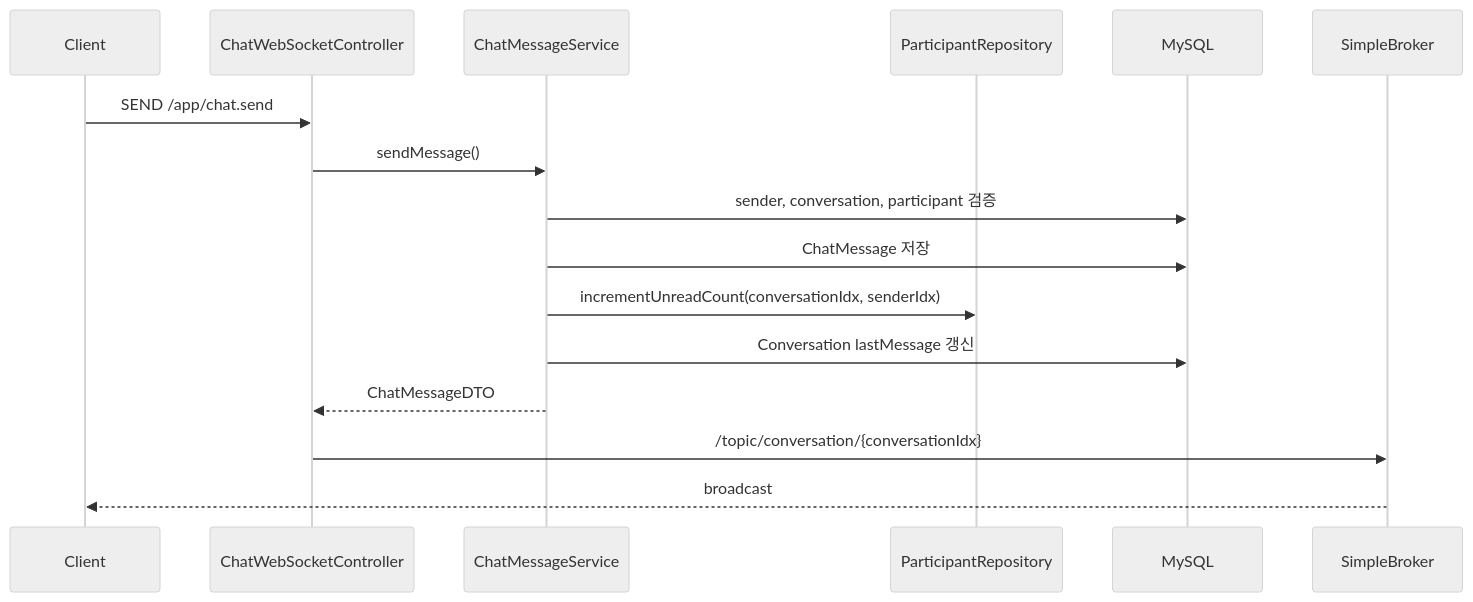
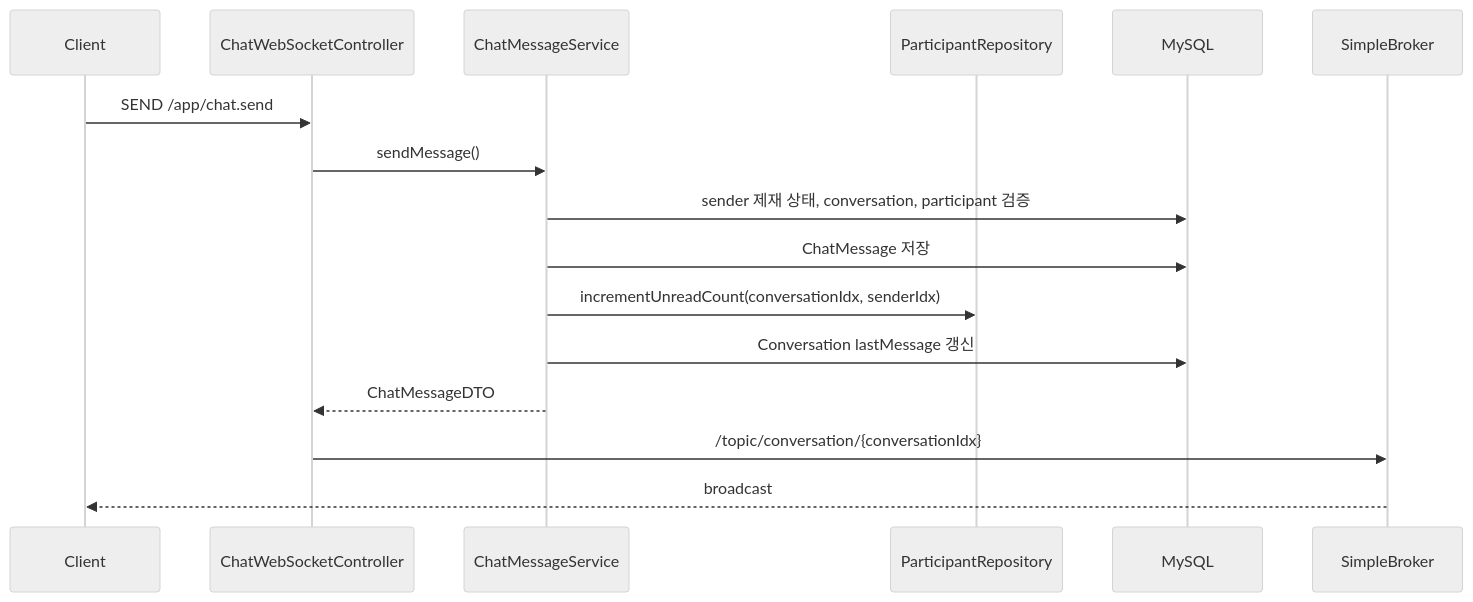
One commit to makkong1/Petory changed the fourth of 6 diagrams in docs/architecture/chat/채팅 시스템 설계.md. Above: the diagram before and after it, drawn with Mermaid (neutral theme). The commit also changed other lines of this file and 31 other files, not shown here.

````diff
--- a/docs/architecture/chat/채팅 시스템 설계.md
+++ b/docs/architecture/chat/채팅 시스템 설계.md
@@ -162,19 +162,19 @@
 ```mermaid
 sequenceDiagram
   participant C as Client
   participant W as ChatWebSocketController
   participant S as ChatMessageService
   participant PR as ParticipantRepository
   participant DB as MySQL
   participant B as SimpleBroker
 
   C->>W: SEND /app/chat.send
   W->>S: sendMessage()
-  S->>DB: sender, conversation, participant 검증
+  S->>DB: sender 제재 상태, conversation, participant 검증
   S->>DB: ChatMessage 저장
   S->>PR: incrementUnreadCount(conversationIdx, senderIdx)
   S->>DB: Conversation lastMessage 갱신
   S-->>W: ChatMessageDTO
   W->>B: /topic/conversation/{conversationIdx}
   B-->>C: broadcast
 ```
````
